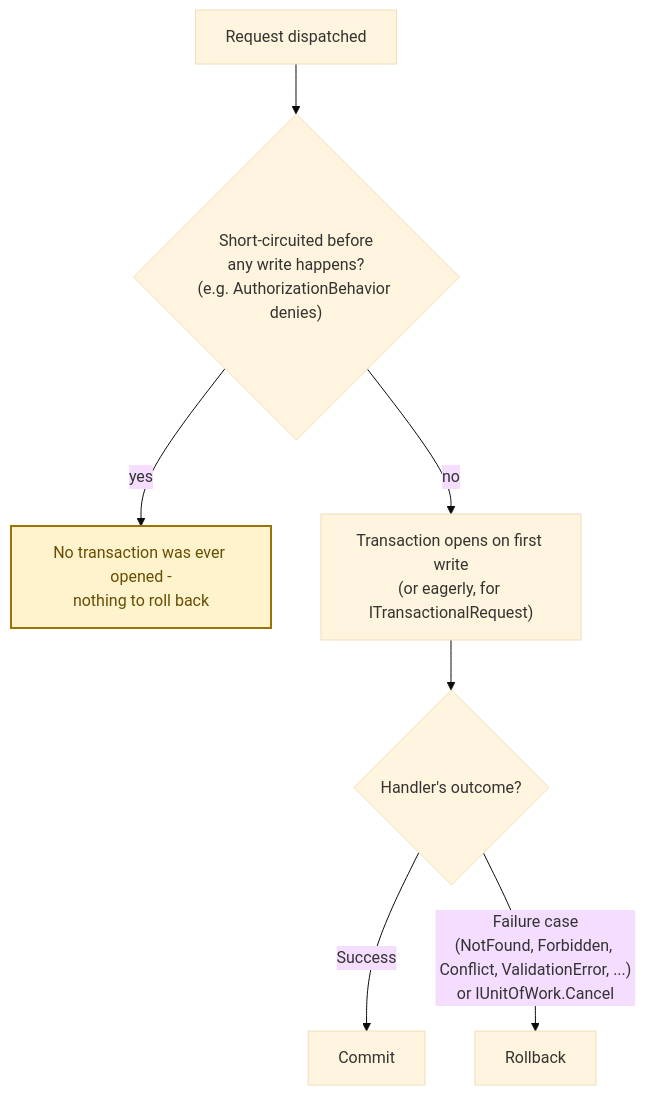
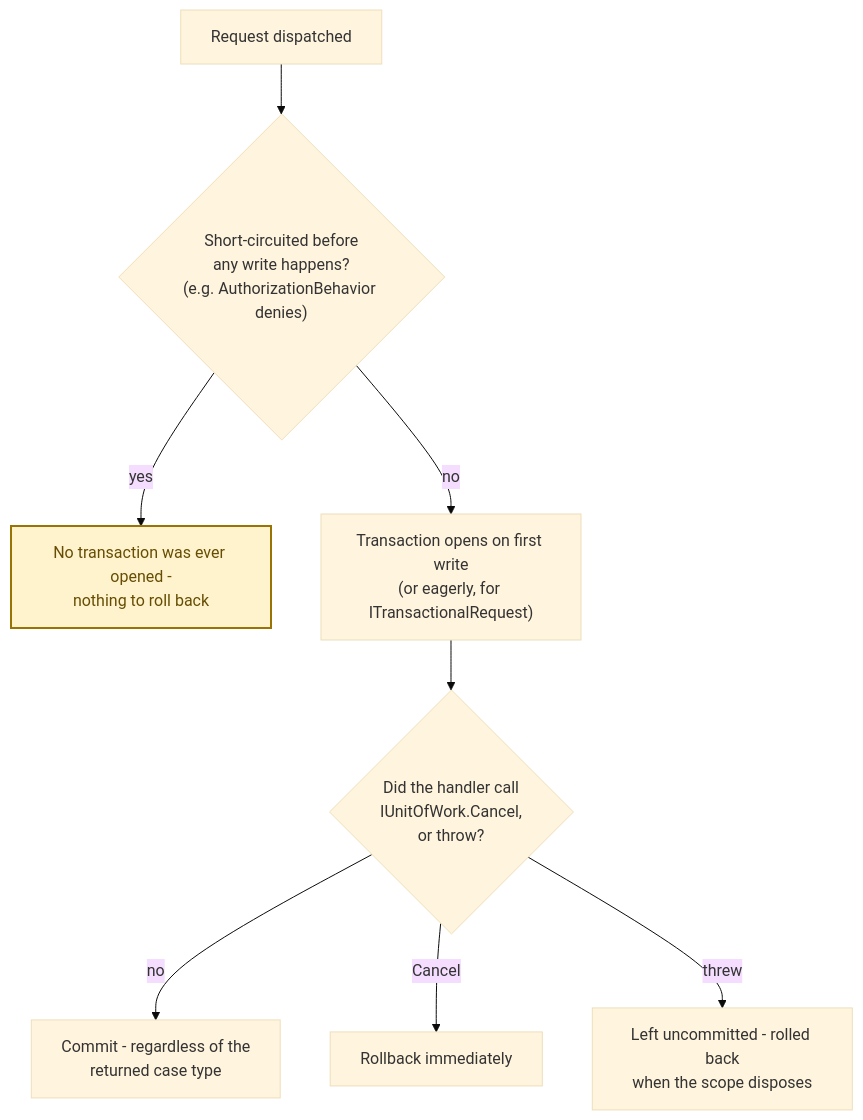
Before and after one commit to rheone/interlocutor: the diagram in documentation/transactions-and-store-integration.md, drawn with Mermaid (base theme). The commit also changed other lines of this file and 60 other files, not shown here.

````diff
--- a/documentation/transactions-and-store-integration.md
+++ b/documentation/transactions-and-store-integration.md
@@ -231,12 +233,13 @@
 ```mermaid
 flowchart TD
     Start["Request dispatched"] --> ShortCircuit{"Short-circuited before<br/>any write happens?<br/>(e.g. AuthorizationBehavior denies)"}
     ShortCircuit -->|"yes"| NoTx["No transaction was ever opened -<br/>nothing to roll back"]
     ShortCircuit -->|"no"| Open["Transaction opens on first write<br/>(or eagerly, for ITransactionalRequest)"]
-    Open --> Outcome{"Handler's outcome?"}
-    Outcome -->|"Success"| Commit["Commit"]
-    Outcome -->|"Failure case<br/>(NotFound, Forbidden, Conflict, ValidationError, ...)<br/>or IUnitOfWork.Cancel"| Rollback["Rollback"]
+    Open --> Signal{"Did the handler call<br/>IUnitOfWork.Cancel,<br/>or throw?"}
+    Signal -->|"no"| Commit["Commit - regardless of the<br/>returned case type"]
+    Signal -->|"Cancel"| Rollback["Rollback immediately"]
+    Signal -->|"threw"| Uncommitted["Left uncommitted - rolled back<br/>when the scope disposes"]
 
     classDef callout fill:#fff3cd,color:#664d03,stroke:#997404,stroke-width:2px;
     class NoTx callout
 ```
````
